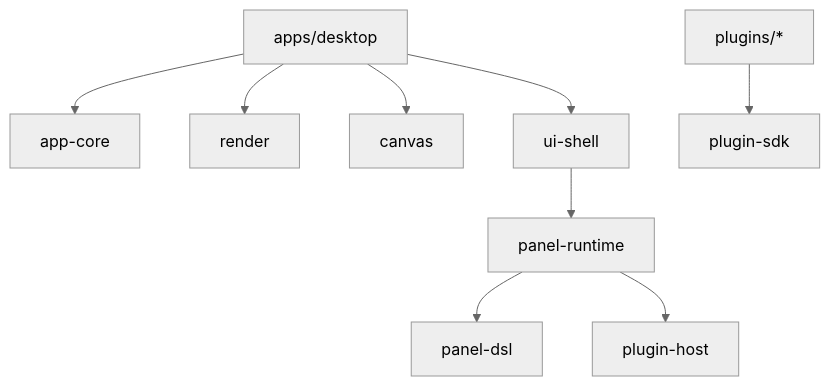
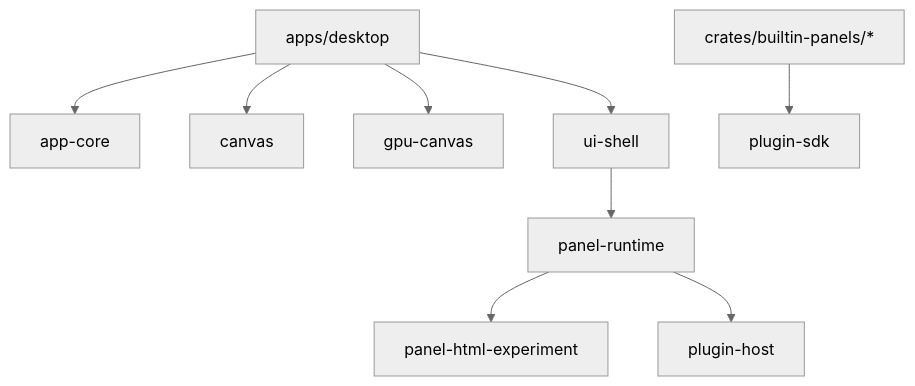
One commit to gitdmnt/altpaint changed the second of 2 diagrams in docs/MODULE_DEPENDENCIES.md. Above: the diagram before and after it, drawn with Mermaid (neutral theme). The commit also changed other lines of this file and 20 other files, not shown here.

````diff
--- a/docs/MODULE_DEPENDENCIES.md
+++ b/docs/MODULE_DEPENDENCIES.md
@@ -133,11 +140,11 @@
 ```mermaid
 graph TD
   desktop[apps/desktop] --> appcore[app-core]
-  desktop --> render[render]
   desktop --> canvas[canvas]
+  desktop --> gpucanvas[gpu-canvas]
   desktop --> uishell[ui-shell]
   uishell --> panelruntime[panel-runtime]
-  panelruntime --> pds[panel-dsl]
+  panelruntime --> phtml[panel-html-experiment]
   panelruntime --> phost[plugin-host]
-  plugins[plugins/*] --> pluginsdk[plugin-sdk]
+  panels[crates/builtin-panels/*] --> pluginsdk[plugin-sdk]
 ```
````
